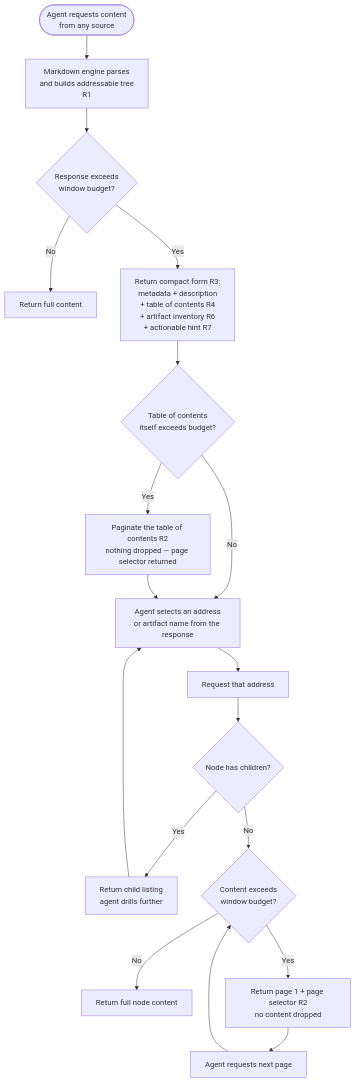
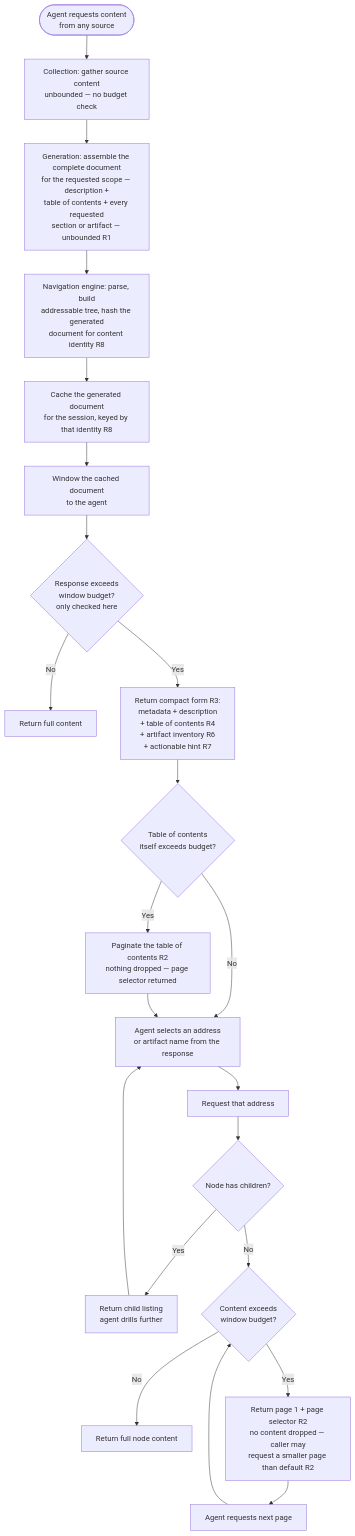
Before and after one commit to Jamie-BitFlight/claude_skills: the diagram in plugins/development-harness/docs/agent-markdown-consumption-contract.md, drawn with Mermaid. The commit also changed other lines of this file and 8 other files, not shown here.

````diff
--- a/plugins/development-harness/docs/agent-markdown-consumption-contract.md
+++ b/plugins/development-harness/docs/agent-markdown-consumption-contract.md
@@ -105,24 +189,28 @@
 ```mermaid
 flowchart TD
-    Req([Agent requests content<br>from any source]) --> Eng[Markdown engine parses<br>and builds addressable tree<br>R1]
-    Eng --> Measure{Response exceeds<br>window budget?}
+    Req([Agent requests content<br>from any source]) --> Coll[Collection: gather source content<br>unbounded — no budget check]
+    Coll --> Gen["Generation: assemble the complete document<br>for the requested scope — description +<br>table of contents + every requested<br>section or artifact — unbounded R1"]
+    Gen --> Nav[Navigation engine: parse, build<br>addressable tree, hash the generated<br>document for content identity R8]
+    Nav --> Cache["Cache the generated document<br>for the session, keyed by that identity R8"]
+    Cache --> Eng[Window the cached document<br>to the agent]
+    Eng --> Measure{Response exceeds<br>window budget?<br>only checked here}
 
     Measure -->|No| Full[Return full content]
     Measure -->|Yes| Compact["Return compact form R3:<br>metadata + description<br>+ table of contents R4<br>+ artifact inventory R6<br>+ actionable hint R7"]
 
     Compact --> TocFits{Table of contents<br>itself exceeds budget?}
     TocFits -->|Yes| TocPage["Paginate the table of contents R2<br>nothing dropped — page selector returned"]
     TocFits -->|No| Select
     TocPage --> Select[Agent selects an address<br>or artifact name from the response]
 
     Select --> Fetch[Request that address]
     Fetch --> Children{Node has children?}
     Children -->|Yes| ChildMap[Return child listing<br>agent drills further]
     ChildMap --> Select
     Children -->|No| Fits{Content exceeds<br>window budget?}
 
     Fits -->|No| Deliver[Return full node content]
-    Fits -->|Yes| Window["Return page 1 + page selector R2<br>no content dropped"]
+    Fits -->|Yes| Window["Return page 1 + page selector R2<br>no content dropped — caller may<br>request a smaller page than default R2"]
     Window --> Cont[Agent requests next page]
     Cont --> Fits
 ```
````
